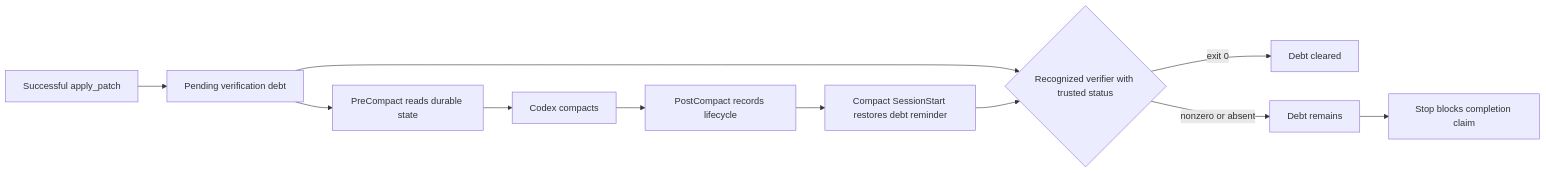
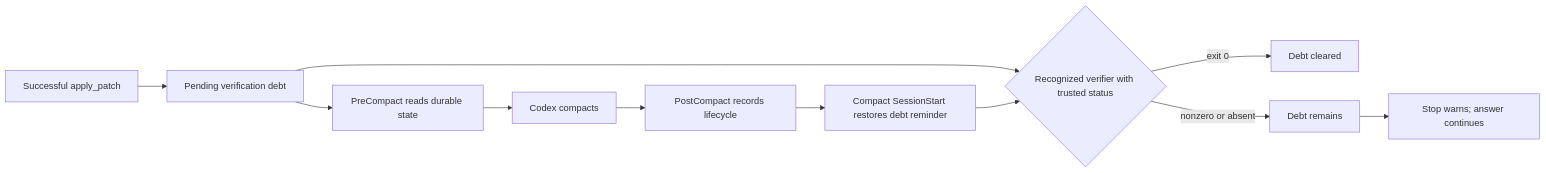
Before and after one commit to DmitrL-dev/SoLCodex: the second of 2 diagrams in docs/architecture.md, drawn with Mermaid. The commit also changed other lines of this file and 13 other files, not shown here.

````diff
--- a/docs/architecture.md
+++ b/docs/architecture.md
@@ -34,13 +34,13 @@
 ```mermaid
 flowchart LR
   A[Successful apply_patch] --> B[Pending verification debt]
   B --> C{Recognized verifier with trusted status}
   C -->|exit 0| D[Debt cleared]
   C -->|nonzero or absent| E[Debt remains]
-  E --> F[Stop blocks completion claim]
+  E --> F[Stop warns; answer continues]
   B --> G[PreCompact reads durable state]
   G --> H[Codex compacts]
   H --> I[PostCompact records lifecycle]
   I --> J[Compact SessionStart restores debt reminder]
   J --> C
 ```
````
